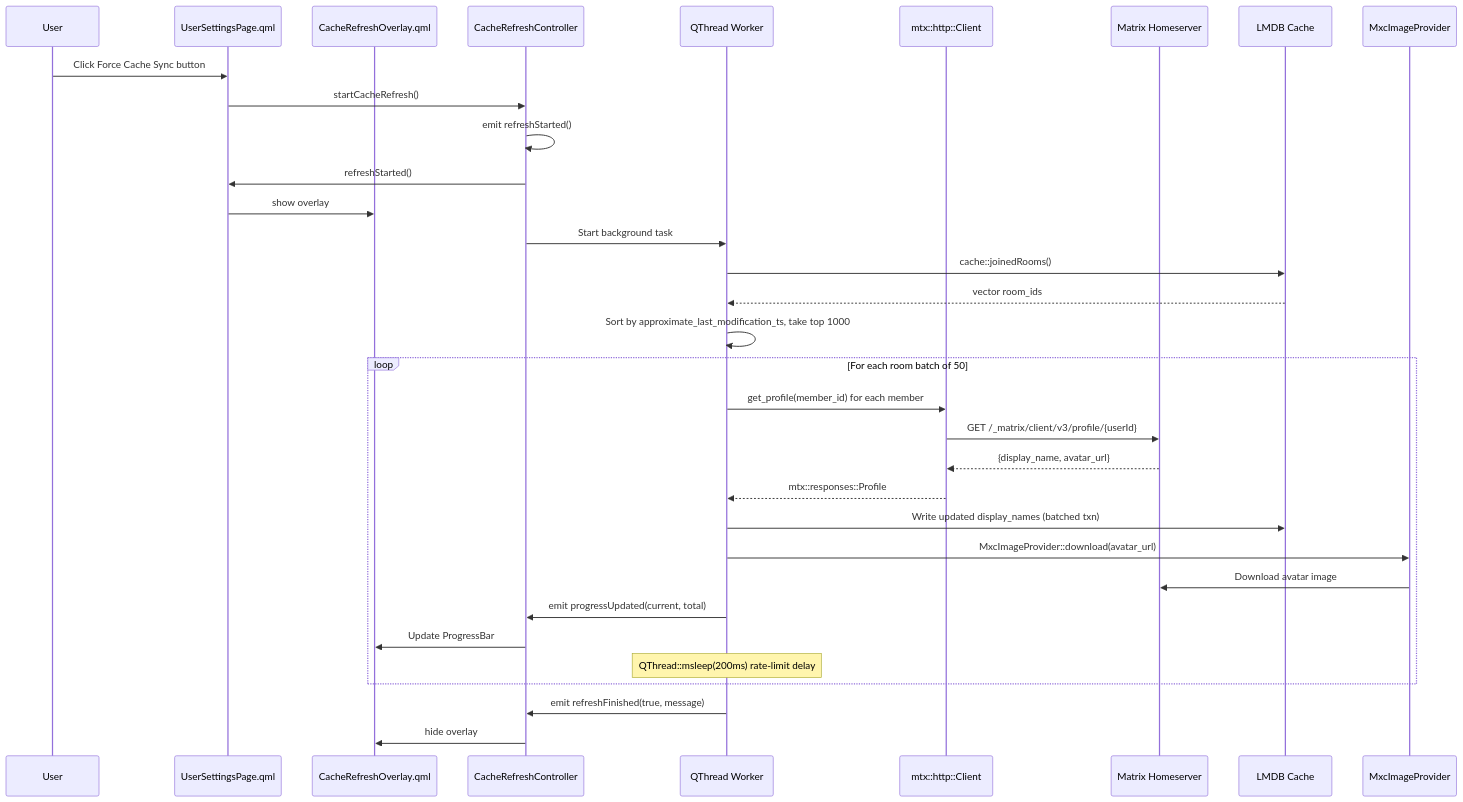
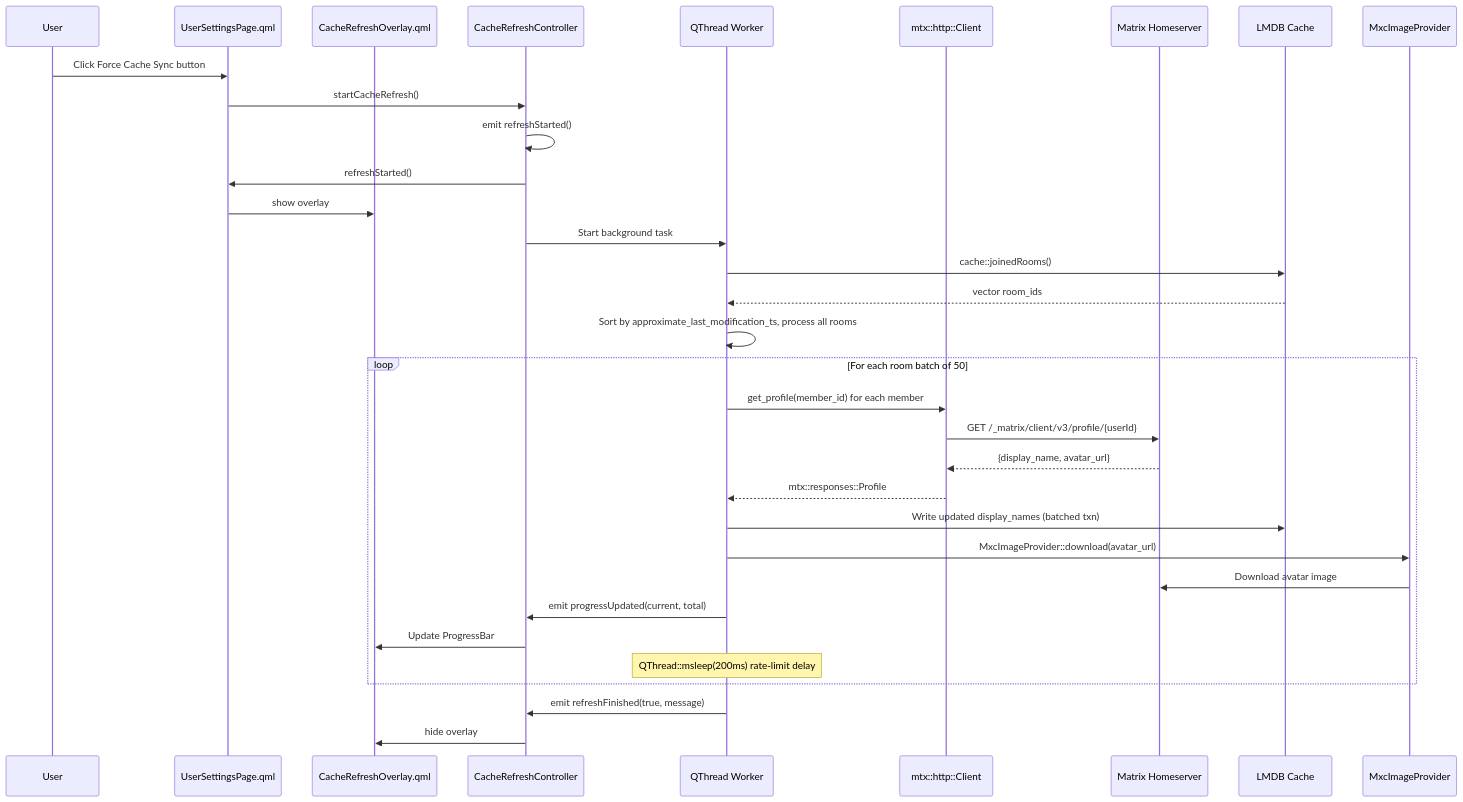
One commit to stickyfran/nhekobeep changed the first of 3 diagrams in plans/cache-refresh-plan.md. Above: the diagram before and after it, drawn with Mermaid. The commit also changed other lines of this file and 2 other files, not shown here.

````diff
--- a/plans/cache-refresh-plan.md
+++ b/plans/cache-refresh-plan.md
@@ -13,42 +13,42 @@
 ```mermaid
 sequenceDiagram
     participant User
     participant QML as UserSettingsPage.qml
     participant Overlay as CacheRefreshOverlay.qml
     participant Controller as CacheRefreshController
     participant Worker as QThread Worker
     participant HTTP as mtx::http::Client
     participant HS as Matrix Homeserver
     participant LMDB as LMDB Cache
     participant MxcImg as MxcImageProvider
 
     User->>QML: Click Force Cache Sync button
     QML->>Controller: startCacheRefresh()
     Controller->>Controller: emit refreshStarted()
     Controller->>QML: refreshStarted()
     QML->>Overlay: show overlay
     Controller->>Worker: Start background task
 
     Worker->>LMDB: cache::joinedRooms()
     LMDB-->>Worker: vector room_ids
-    Worker->>Worker: Sort by approximate_last_modification_ts, take top 1000
+    Worker->>Worker: Sort by approximate_last_modification_ts, process all rooms
 
     loop For each room batch of 50
         Worker->>HTTP: get_profile(member_id) for each member
         HTTP->>HS: GET /_matrix/client/v3/profile/{userId}
         HS-->>HTTP: {display_name, avatar_url}
         HTTP-->>Worker: mtx::responses::Profile
 
         Worker->>LMDB: Write updated display_names (batched txn)
         Worker->>MxcImg: MxcImageProvider::download(avatar_url)
         MxcImg->>HS: Download avatar image
 
         Worker->>Controller: emit progressUpdated(current, total)
         Controller->>Overlay: Update ProgressBar
 
         Note over Worker: QThread::msleep(200ms) rate-limit delay
     end
 
     Worker->>Controller: emit refreshFinished(true, message)
     Controller->>Overlay: hide overlay
 ```
````
